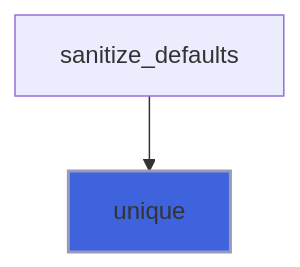
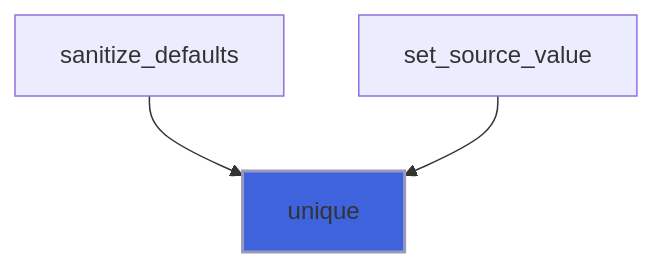
One commit to szaghi/FLAP changed diagram 12 of 14 in docs/api/src/lib/flap_utils_m.md. Above: the diagram before and after it, drawn with Mermaid. The commit also changed other lines of this file and 17 other files, not shown here.

````diff
--- a/docs/api/src/lib/flap_utils_m.md
+++ b/docs/api/src/lib/flap_utils_m.md
@@ -188,5 +440,6 @@
 ```mermaid
 flowchart TD
   sanitize_defaults["sanitize_defaults"] --> unique["unique"]
+  set_source_value["set_source_value"] --> unique["unique"]
   style unique fill:#3e63dd,stroke:#99b,stroke-width:2px
 ```
````
